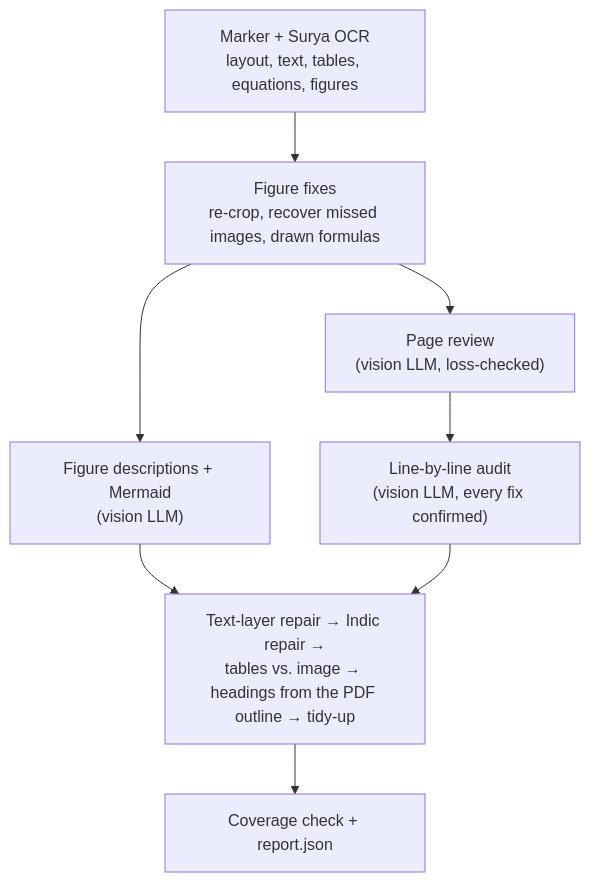
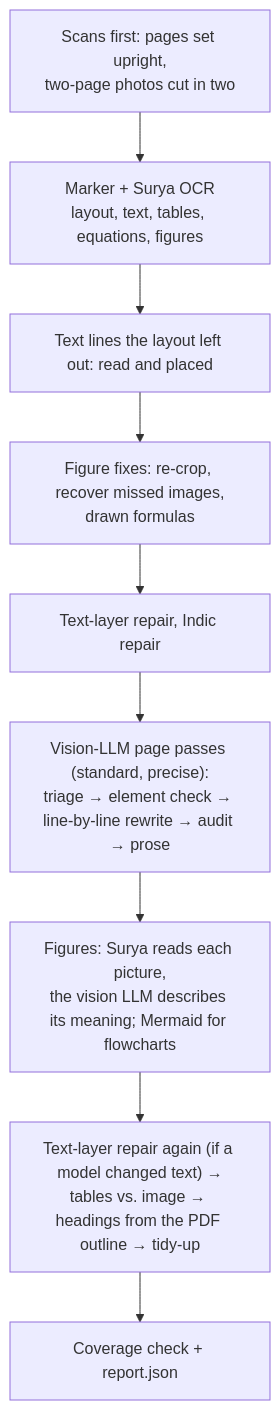
Before and after one commit to eyasir329/doc-to-markdown: the diagram in docs/accuracy.md, drawn with Mermaid. The commit also changed other lines of this file and 43 other files, not shown here.

````diff
--- a/docs/accuracy.md
+++ b/docs/accuracy.md
@@ -15,10 +16,11 @@
 ```mermaid
 flowchart TD
-  M["Marker + Surya OCR<br/>layout, text, tables, equations, figures"] --> F["Figure fixes<br/>re-crop, recover missed images, drawn formulas"]
-  F --> D["Figure descriptions + Mermaid<br/>(vision LLM)"]
-  F --> R["Page review<br/>(vision LLM, loss-checked)"]
-  R --> A["Line-by-line audit<br/>(vision LLM, every fix confirmed)"]
-  D --> T
-  A --> T["Text-layer repair → Indic repair →<br/>tables vs. image → headings from the PDF outline → tidy-up"]
-  T --> C["Coverage check + report.json"]
+  S["Scans first: pages set upright,<br/>two-page photos cut in two"] --> M["Marker + Surya OCR<br/>layout, text, tables, equations, figures"]
+  M --> X["Text lines the layout left out: read and placed"]
+  X --> F["Figure fixes: re-crop, recover missed images,<br/>drawn formulas"]
+  F --> T1["Text-layer repair, Indic repair"]
+  T1 --> P["Vision-LLM page passes (standard, precise):<br/>triage → element check → line-by-line rewrite → audit → prose"]
+  P --> D["Figures: Surya reads each picture,<br/>the vision LLM describes its meaning; Mermaid for flowcharts"]
+  D --> T2["Text-layer repair again (if a model changed text) →<br/>tables vs. image → headings from the PDF outline → tidy-up"]
+  T2 --> C["Coverage check + report.json"]
 ```
````
